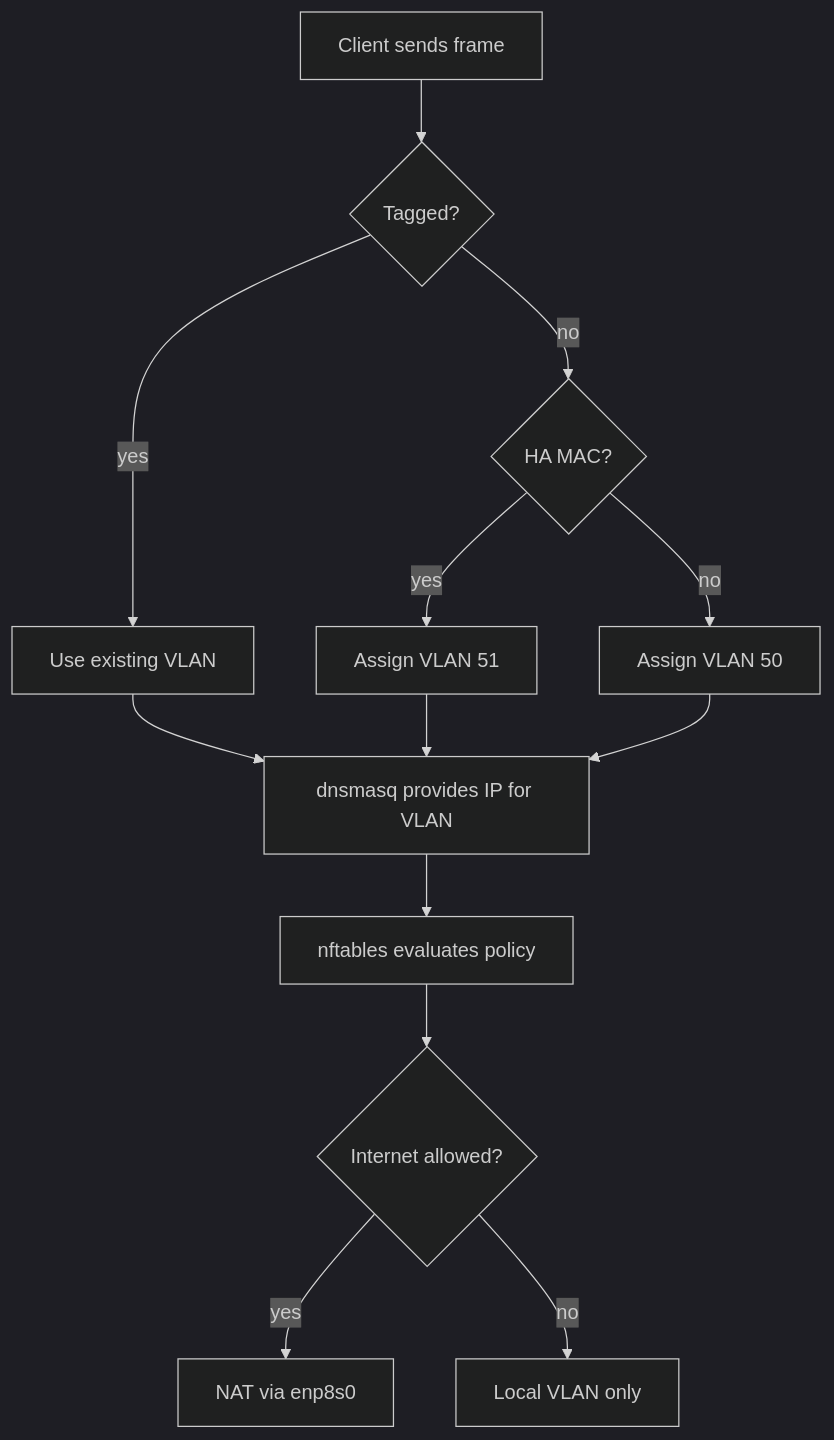
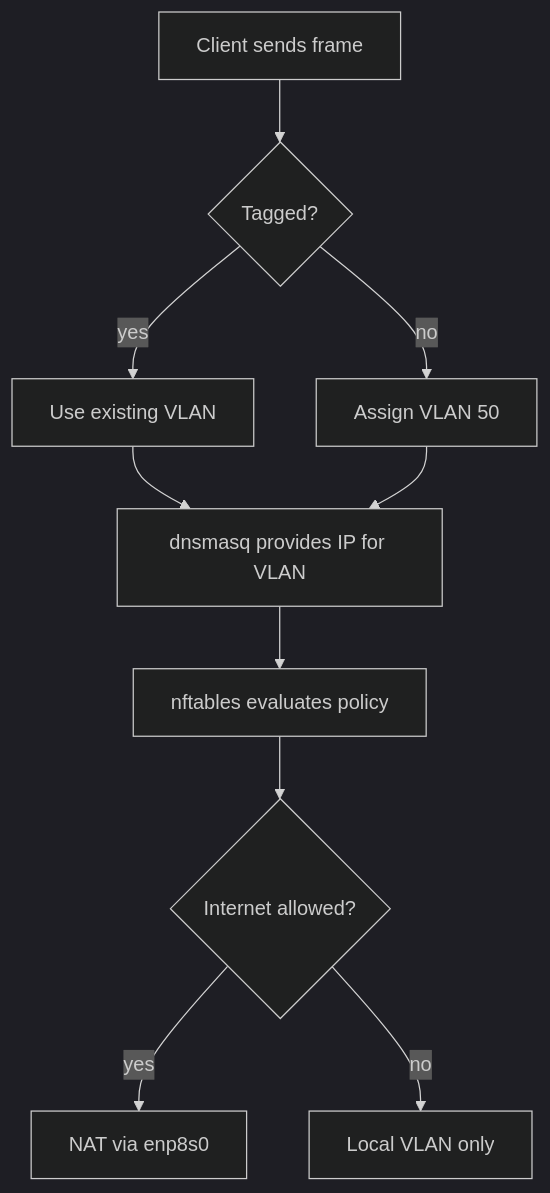
One commit to GEMISIS/home-network-setup changed the third of 8 diagrams in SOFTWARE.md. Above: the diagram before and after it, drawn with Mermaid (dark theme). The commit also changed other lines of this file and 10 other files, not shown here.

````diff
--- a/SOFTWARE.md
+++ b/SOFTWARE.md
@@ -75,15 +75,12 @@
 ```mermaid
 flowchart TD
     A[Client sends frame] --> B{Tagged?}
     B -- yes --> C[Use existing VLAN]
-    B -- no --> D{HA MAC?}
-    D -- yes --> E[Assign VLAN 51]
-    D -- no --> F[Assign VLAN 50]
+    B -- no --> F[Assign VLAN 50]
     C --> G[dnsmasq provides IP for VLAN]
-    E --> G
     F --> G
     G --> H[nftables evaluates policy]
     H --> I{Internet allowed?}
     I -- yes --> J[NAT via enp8s0]
     I -- no --> K[Local VLAN only]
 ```
````
